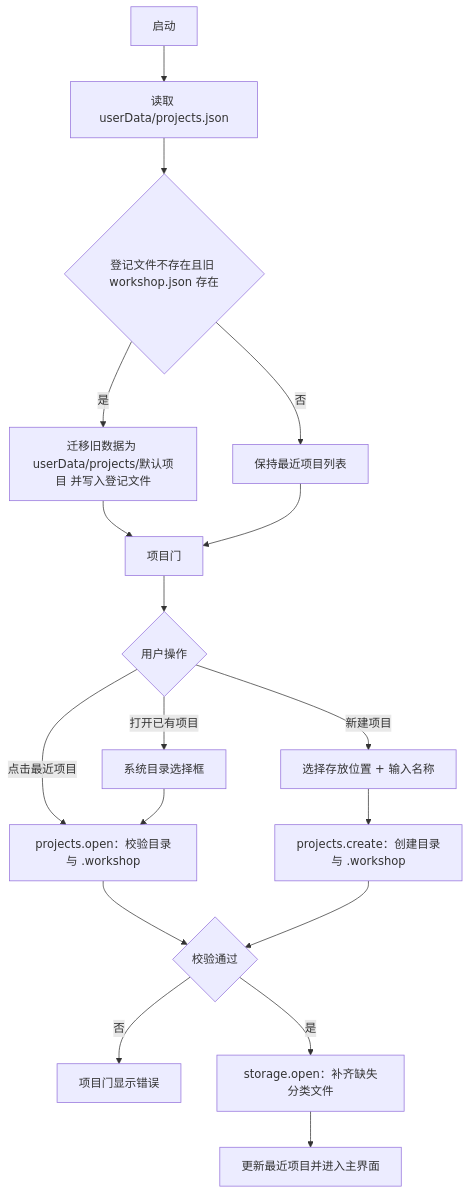
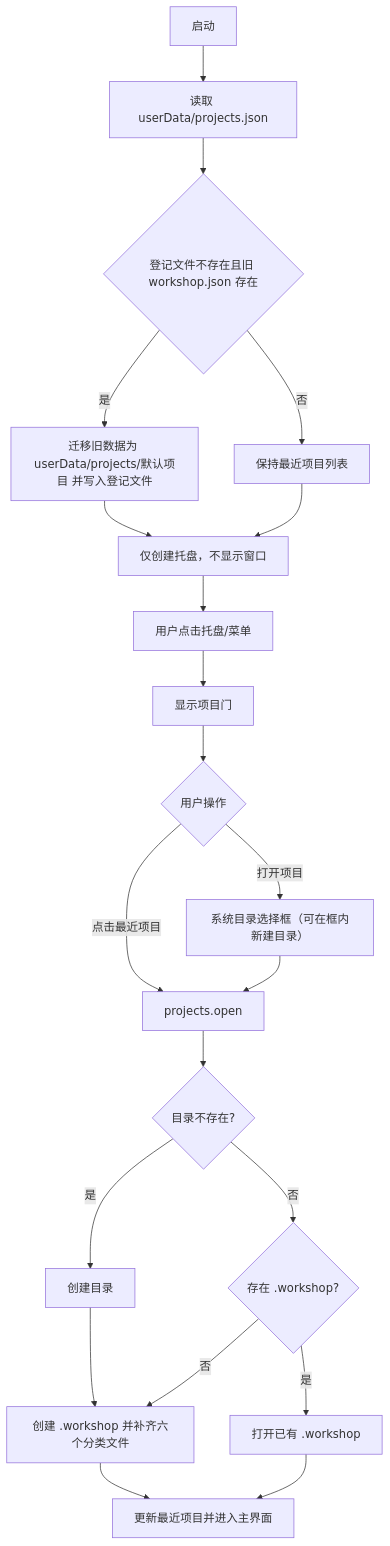
The first of 2 diagrams in docs/prd/07-persistence-and-ipc.md (the-writer/creative-workshop), drawn with Mermaid before and after one commit. The commit also changed other lines of this file and 27 other files, not shown here.

````diff
--- a/docs/prd/07-persistence-and-ipc.md
+++ b/docs/prd/07-persistence-and-ipc.md
@@ -7,18 +7,22 @@
 ```mermaid
 flowchart TD
   A[启动] --> B[读取 userData/projects.json]
   B --> C{登记文件不存在且旧 workshop.json 存在}
   C -- 是 --> D[迁移旧数据为 userData/projects/默认项目 并写入登记文件]
   C -- 否 --> E[保持最近项目列表]
-  D --> F[项目门]
+  D --> F[仅创建托盘，不显示窗口]
   E --> F
-  F --> G{用户操作}
-  G -- 点击最近项目 --> H[projects.open：校验目录与 .workshop]
-  G -- 打开已有项目 --> I[系统目录选择框] --> H
-  G -- 新建项目 --> J[选择存放位置 + 输入名称] --> K[projects.create：创建目录与 .workshop]
-  H --> L{校验通过}
-  K --> L
-  L -- 否 --> M[项目门显示错误]
-  L -- 是 --> N[storage.open：补齐缺失分类文件]
-  N --> O[更新最近项目并进入主界面]
+  F --> G[用户点击托盘/菜单]
+  G --> H[显示项目门]
+  H --> I{用户操作}
+  I -- 点击最近项目 --> J[projects.open]
+  I -- 打开项目 --> K[系统目录选择框（可在框内新建目录）] --> J
+  J --> L{目录不存在?}
+  L -- 是 --> M[创建目录]
+  L -- 否 --> N{存在 .workshop?}
+  M --> O[创建 .workshop 并补齐六个分类文件]
+  N -- 否 --> O
+  N -- 是 --> P[打开已有 .workshop]
+  O --> Q[更新最近项目并进入主界面]
+  P --> Q
 ```
````
